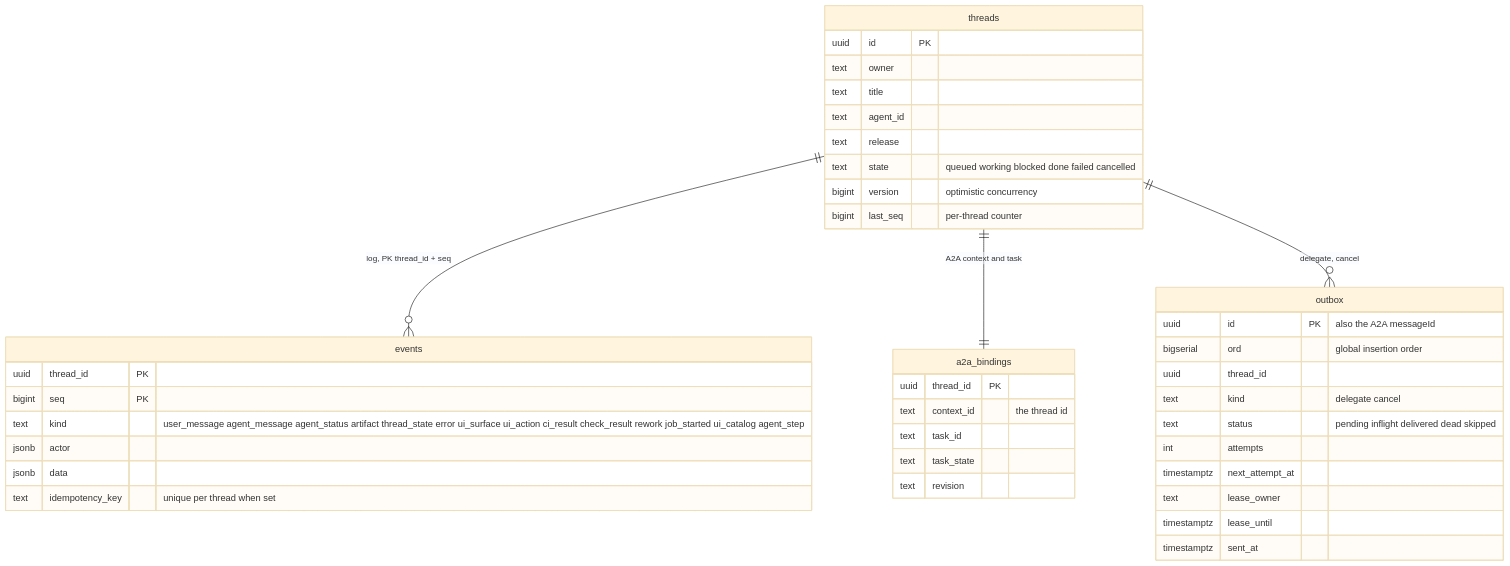
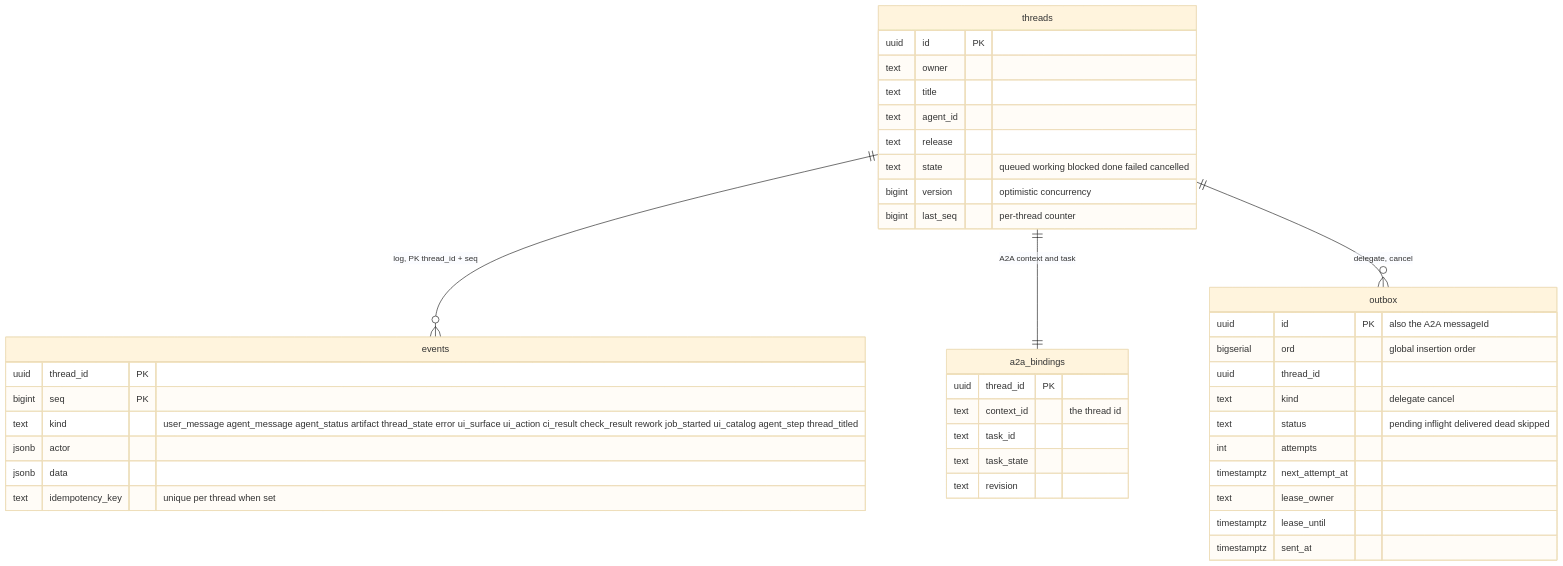
One commit to vymalo/another-agentic-system changed diagram 23 of 28 in docs/orchestrator.md. Above: the diagram before and after it, drawn with Mermaid (base theme). The commit also changed other lines of this file and 119 other files, not shown here.

First line of the commit message:
feat: threads get a title, from a person or from the model (thread_titled) (#83)

````diff
--- a/docs/orchestrator.md
+++ b/docs/orchestrator.md
@@ -1312,43 +1377,43 @@
 ```mermaid
 erDiagram
   threads ||--o{ events : "log, PK thread_id + seq"
   threads ||--|| a2a_bindings : "A2A context and task"
   threads ||--o{ outbox : "delegate, cancel"
   threads {
     uuid id PK
     text owner
     text title
     text agent_id
     text release
     text state "queued working blocked done failed cancelled"
     bigint version "optimistic concurrency"
     bigint last_seq "per-thread counter"
   }
   events {
     uuid thread_id PK
     bigint seq PK
-    text kind "user_message agent_message agent_status artifact thread_state error ui_surface ui_action ci_result check_result rework job_started ui_catalog agent_step"
+    text kind "user_message agent_message agent_status artifact thread_state error ui_surface ui_action ci_result check_result rework job_started ui_catalog agent_step thread_titled"
     jsonb actor
     jsonb data
     text idempotency_key "unique per thread when set"
   }
   a2a_bindings {
     uuid thread_id PK
     text context_id "the thread id"
     text task_id
     text task_state
     text revision
   }
   outbox {
     uuid id PK "also the A2A messageId"
     bigserial ord "global insertion order"
     uuid thread_id
     text kind "delegate cancel"
     text status "pending inflight delivered dead skipped"
     int attempts
     timestamptz next_attempt_at
     text lease_owner
     timestamptz lease_until
     timestamptz sent_at
   }
 ```
````
